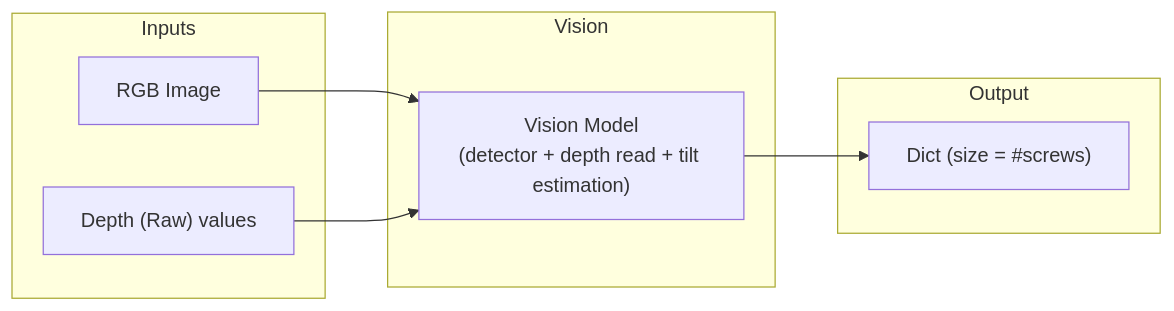
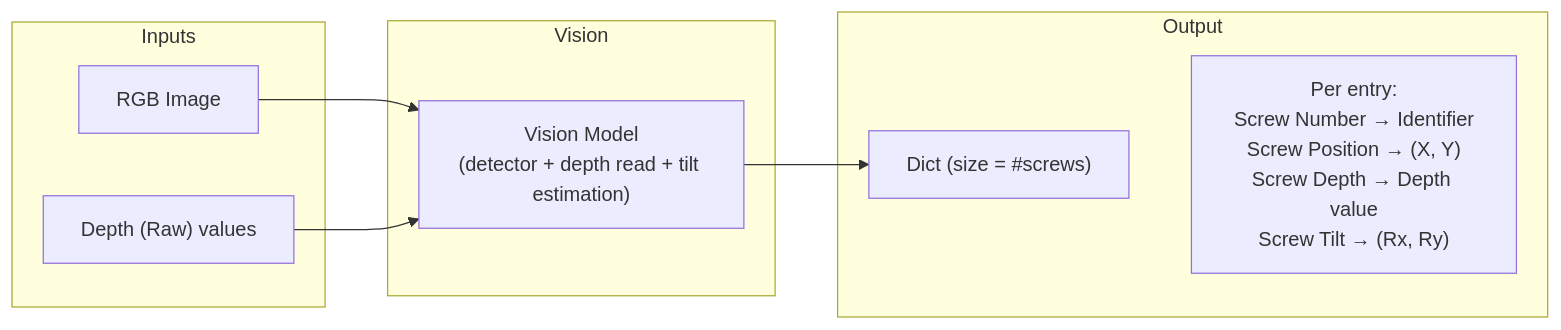
The second of 2 diagrams in VISION_PIPELINE_FLOW.md (ShoaibSajid/PM), drawn with Mermaid before and after one commit. The commit also changed other lines of this file, not shown here.

Commit message:
Put output dict structure inside Vision I/O diagram

````diff
--- a/VISION_PIPELINE_FLOW.md
+++ b/VISION_PIPELINE_FLOW.md
@@ -94,19 +94,21 @@
 ```mermaid
 flowchart LR
   subgraph Inputs["Inputs"]
     RGB["RGB Image"]
     DEPTH["Depth (Raw) values"]
   end
 
   subgraph Vision["Vision"]
     VM["Vision Model<br/>(detector + depth read + tilt estimation)"]
   end
 
   subgraph Output["Output"]
     D["Dict (size = #screws)"]
+    STRUCT["Per entry:<br/>Screw Number → Identifier<br/>Screw Position → (X, Y)<br/>Screw Depth → Depth value<br/>Screw Tilt → (Rx, Ry)"]
+    D ~~~ STRUCT
   end
 
   RGB --> VM
   DEPTH --> VM
   VM --> D
 ```
````
